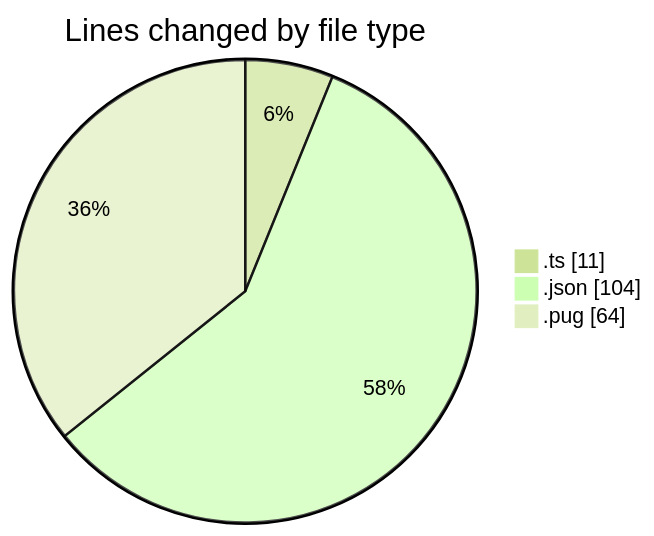
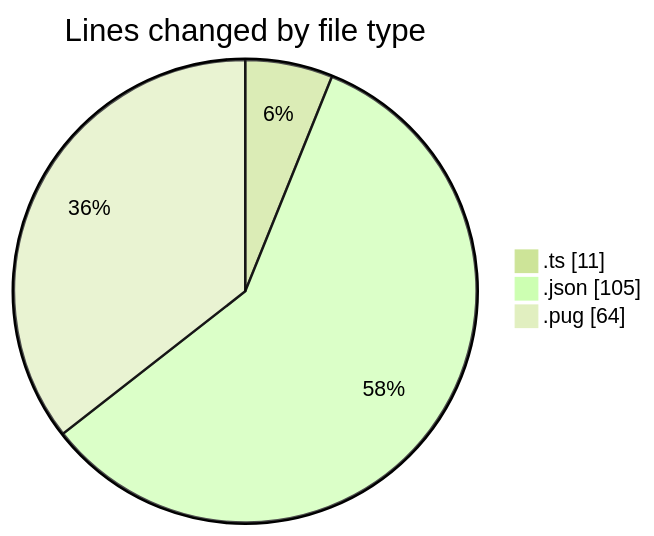
The first of 2 diagrams in 2025-02-24/cda/README.md (momahboobian/code-tracking), drawn with Mermaid (forest theme) before and after one commit. The commit also changed other lines of this file and 1 other file, not shown here.

````diff
--- a/2025-02-24/cda/README.md
+++ b/2025-02-24/cda/README.md
@@ -26,7 +26,7 @@
 ```mermaid
 pie showData
 title Lines changed by file type
 ".ts" : 11
-".json" : 104
+".json" : 105
 ".pug" : 64
 ```
````
